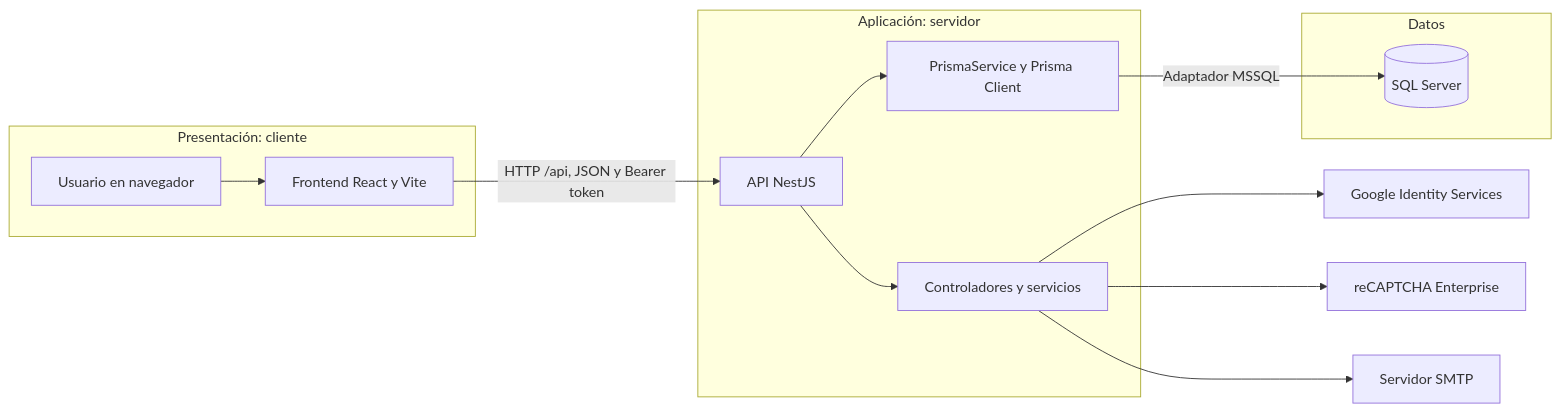
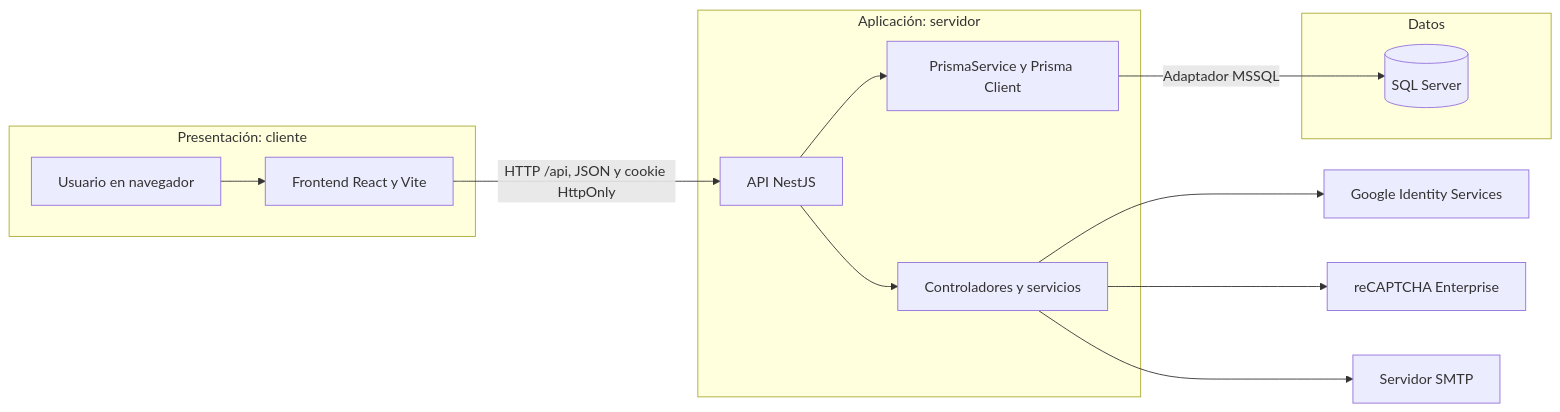
One commit to agendavital/AgendaVital changed the diagram in docs/arquitectura-y-seguridad.md. Above: the diagram before and after it, drawn with Mermaid. The commit also changed other lines of this file and 13 other files, not shown here.

````diff
--- a/docs/arquitectura-y-seguridad.md
+++ b/docs/arquitectura-y-seguridad.md
@@ -25,18 +25,18 @@
 ```mermaid
 flowchart LR
     subgraph C1["Presentación: cliente"]
       U[Usuario en navegador] --> F[Frontend React y Vite]
     end
     subgraph C2["Aplicación: servidor"]
       A[API NestJS] --> AU[Controladores y servicios]
       A --> DBM[PrismaService y Prisma Client]
     end
     subgraph C3[Datos]
       SQL[(SQL Server)]
     end
-    F -->|HTTP /api, JSON y Bearer token| A
+    F -->|HTTP /api, JSON y cookie HttpOnly| A
     DBM -->|Adaptador MSSQL| SQL
     AU --> G[Google Identity Services]
     AU --> RC[reCAPTCHA Enterprise]
     AU --> SMTP[Servidor SMTP]
 ```
````
